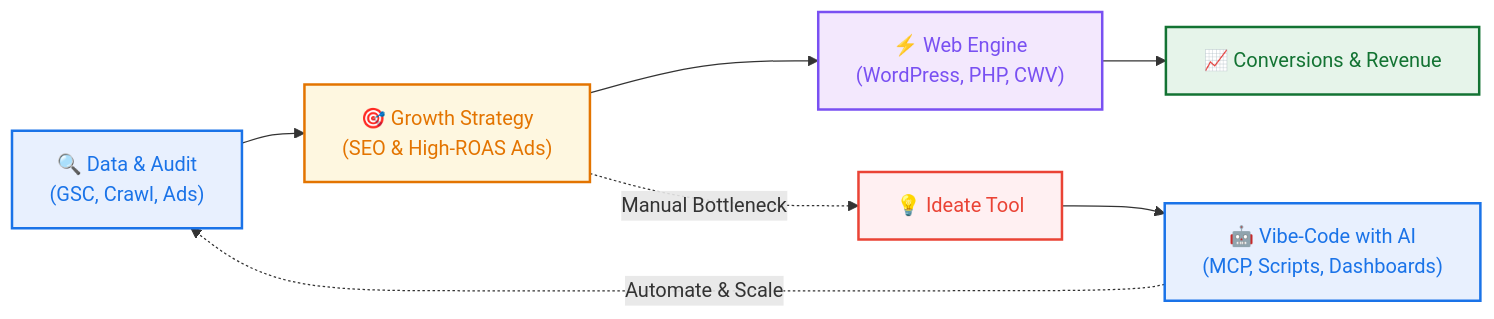
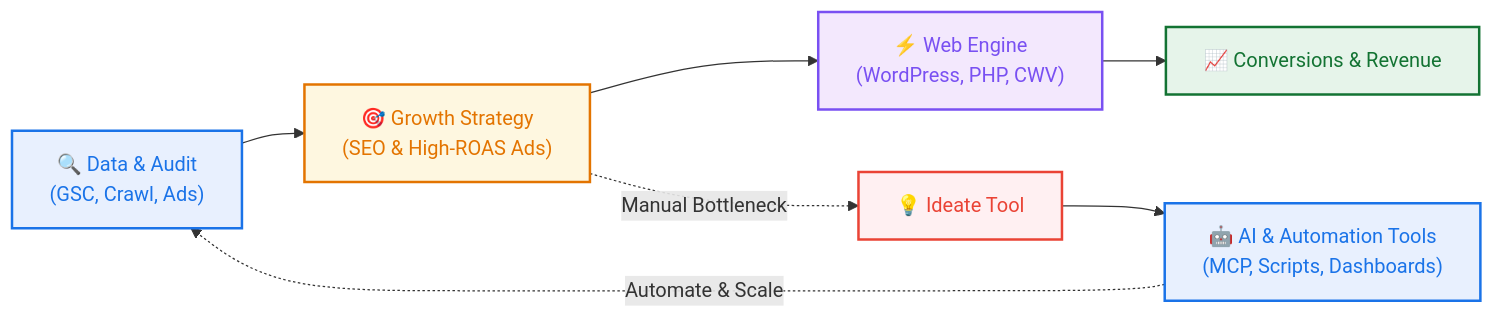
One commit to am333ni7y/am333ni7y changed the diagram in README.md. Above: the diagram before and after it, drawn with Mermaid. The commit also changed other lines of this file and 3 other files, not shown here.

Commit message:
refactor: remove all vibe-coder mentions and elevate to professional Tool Builder & AI Automation Architect

````diff
--- a/README.md
+++ b/README.md
@@ -155,17 +155,17 @@
 ```mermaid
 flowchart LR
     A["🔍 Data & Audit<br>(GSC, Crawl, Ads)"] --> B["🎯 Growth Strategy<br>(SEO & High-ROAS Ads)"]
     B --> C["⚡ Web Engine<br>(WordPress, PHP, CWV)"]
     C --> D["📈 Conversions & Revenue"]
 
     B -. "Manual Bottleneck" .-> E["💡 Ideate Tool"]
-    E --> F["🤖 Vibe-Code with AI<br>(MCP, Scripts, Dashboards)"]
+    E --> F["🤖 AI & Automation Tools<br>(MCP, Scripts, Dashboards)"]
     F -. "Automate & Scale" .-> A
 
     style A fill:#E8F0FE,stroke:#1A73E8,stroke-width:2px,color:#1A73E8
     style B fill:#FEF7E0,stroke:#E37400,stroke-width:2px,color:#E37400
     style C fill:#F3E8FD,stroke:#7950F2,stroke-width:2px,color:#7950F2
     style D fill:#E6F4EA,stroke:#137333,stroke-width:2px,color:#137333
     style E fill:#FFF0F2,stroke:#EA4335,stroke-width:2px,color:#EA4335
     style F fill:#E8F0FE,stroke:#1A73E8,stroke-width:2px,color:#1A73E8
 ```
````
